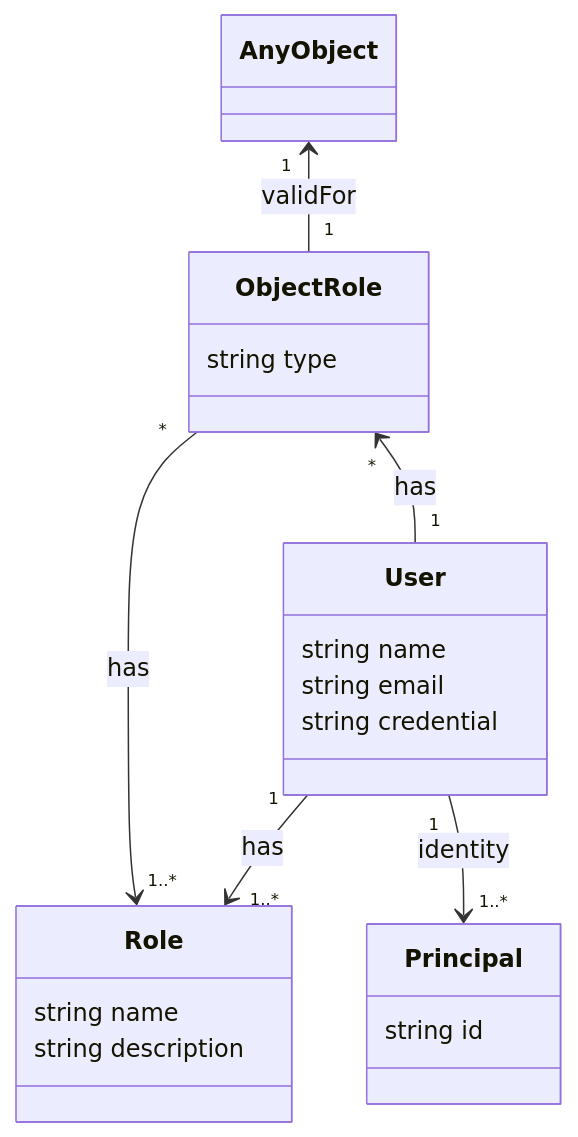
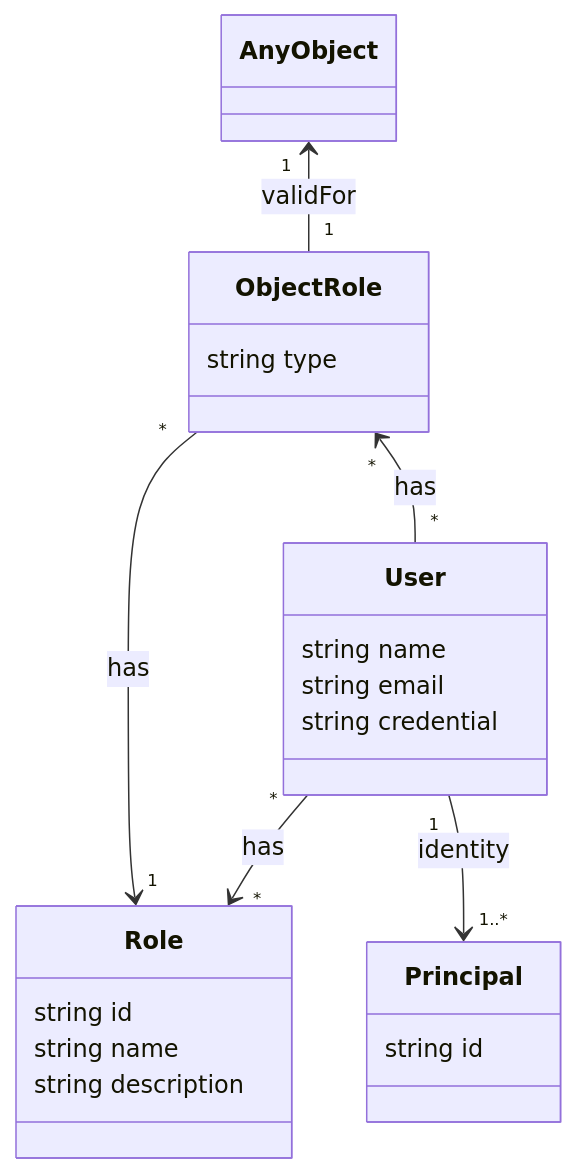
One commit to dnulnets/jjanus changed the diagram in documentation/models/users.md. Above: the diagram before and after it, drawn with Mermaid. The commit also changed 1 other file, not shown here.

Commit message:
Updated user and roles model

````diff
--- a/documentation/models/users.md
+++ b/documentation/models/users.md
@@ -1,25 +1,26 @@
 ```mermaid
 classDiagram
     class User {
         string name
         string email
         string credential
     }
     class Principal {
         string id
     }
     class ObjectRole {
         string type
     }   
     class Role {
+        string id
         string name
         string description
     }
     class AnyObject {
     }
-    User "1" --> "1..*" Role : has
+    User "*" --> "*" Role : has
     User "1" --> "1..*" Principal : identity
-    ObjectRole "*" --> "1..*" Role : has
-    ObjectRole "*" <-- "1" User : has
+    ObjectRole "*" --> "1" Role : has
+    ObjectRole "*" <-- "*" User : has
     AnyObject "1" <-- "1" ObjectRole : validFor
 ```
````
